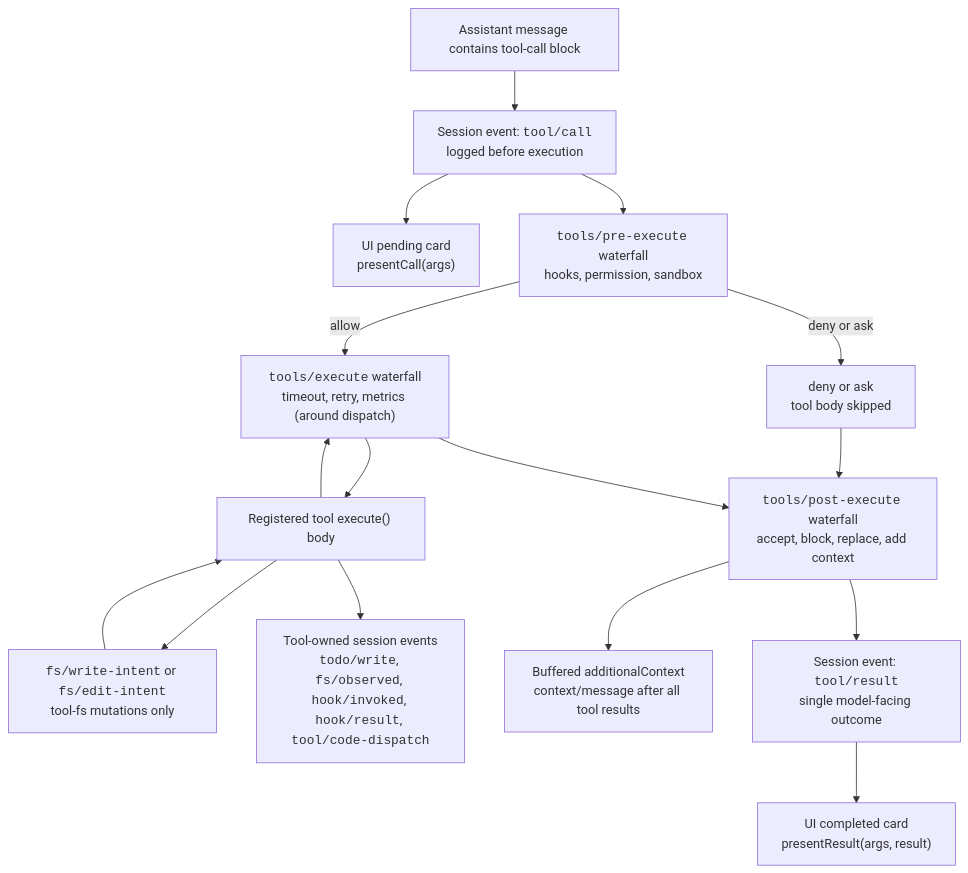
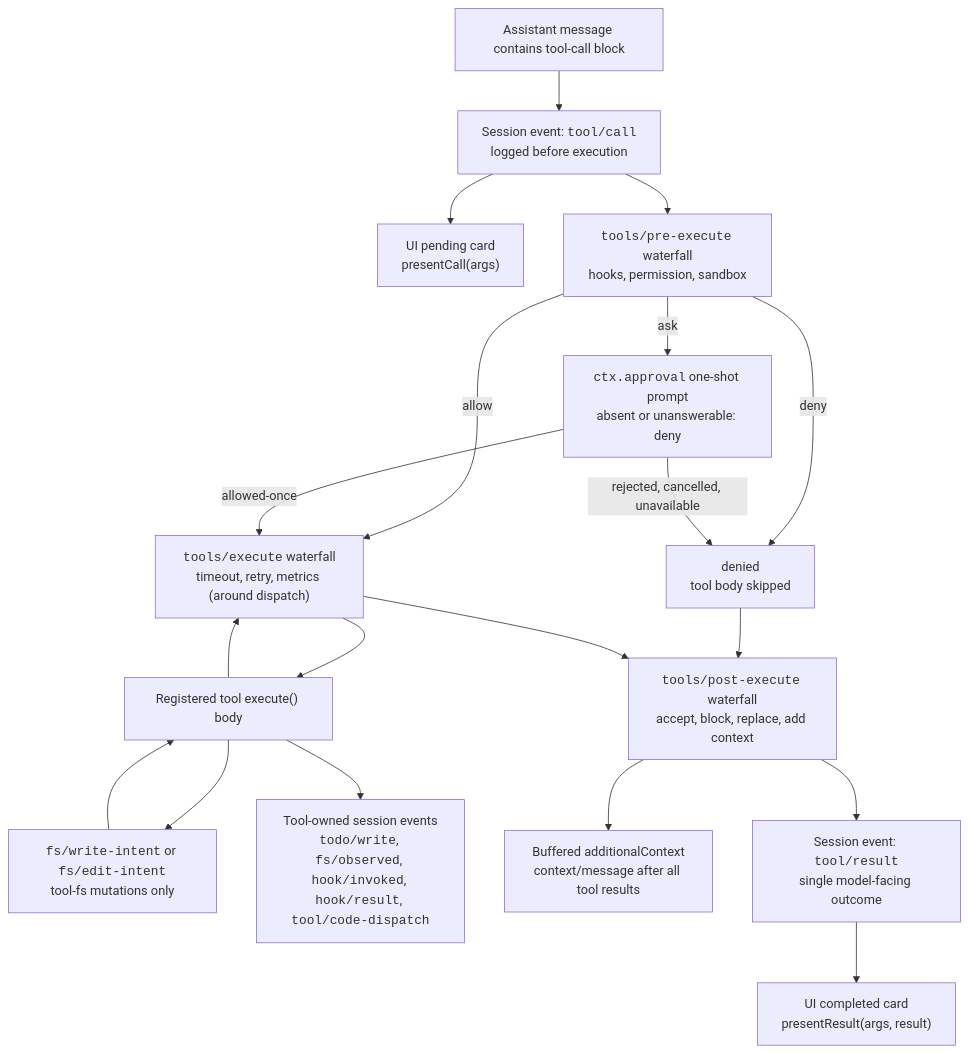
The diagram in docs/tool-execution-pipeline.md (eru123/coco-harness), drawn with Mermaid before and after one commit. The commit also changed other lines of this file and 134 other files, not shown here.

````diff
--- a/docs/tool-execution-pipeline.md
+++ b/docs/tool-execution-pipeline.md
@@ -8,31 +8,35 @@
 ```mermaid
 flowchart TD
   model["Assistant message contains tool-call block"]
   toolCall["Session event: <code>tool/call</code><br/>logged before execution"]
   presentCall["UI pending card<br/>presentCall(args)"]
   pre["<code>tools/pre-execute</code> waterfall<br/>hooks, permission, sandbox"]
-  denied["deny or ask<br/>tool body skipped"]
+  denied["denied<br/>tool body skipped"]
+  approval["<code>ctx.approval</code> one-shot prompt<br/>absent or unanswerable: deny"]
   around["<code>tools/execute</code> waterfall<br/>timeout, retry, metrics (around dispatch)"]
   toolBody["Registered tool execute() body"]
   fsGate["<code>fs/write-intent</code> or <code>fs/edit-intent</code><br/>tool-fs mutations only"]
   owned["Tool-owned session events<br/><code>todo/write</code>, <code>fs/observed</code>, <code>hook/invoked</code>, <code>hook/result</code>, <code>tool/code-dispatch</code>"]
   post["<code>tools/post-execute</code> waterfall<br/>accept, block, replace, add context"]
   context["Buffered additionalContext<br/>context/message after all tool results"]
   toolResult["Session event: <code>tool/result</code><br/>single model-facing outcome"]
   presentResult["UI completed card<br/>presentResult(args, result)"]
   model --> toolCall
   toolCall --> presentCall
   toolCall --> pre
   pre -->|allow| around
   around --> toolBody
-  pre -->|deny or ask| denied
+  pre -->|deny| denied
+  pre -->|ask| approval
+  approval -->|allowed-once| around
+  approval -->|rejected, cancelled, unavailable| denied
   denied --> post
   toolBody --> fsGate
   fsGate --> toolBody
   toolBody --> owned
   toolBody --> around
   around --> post
   post --> context
   post --> toolResult
   toolResult --> presentResult
 ```
````
